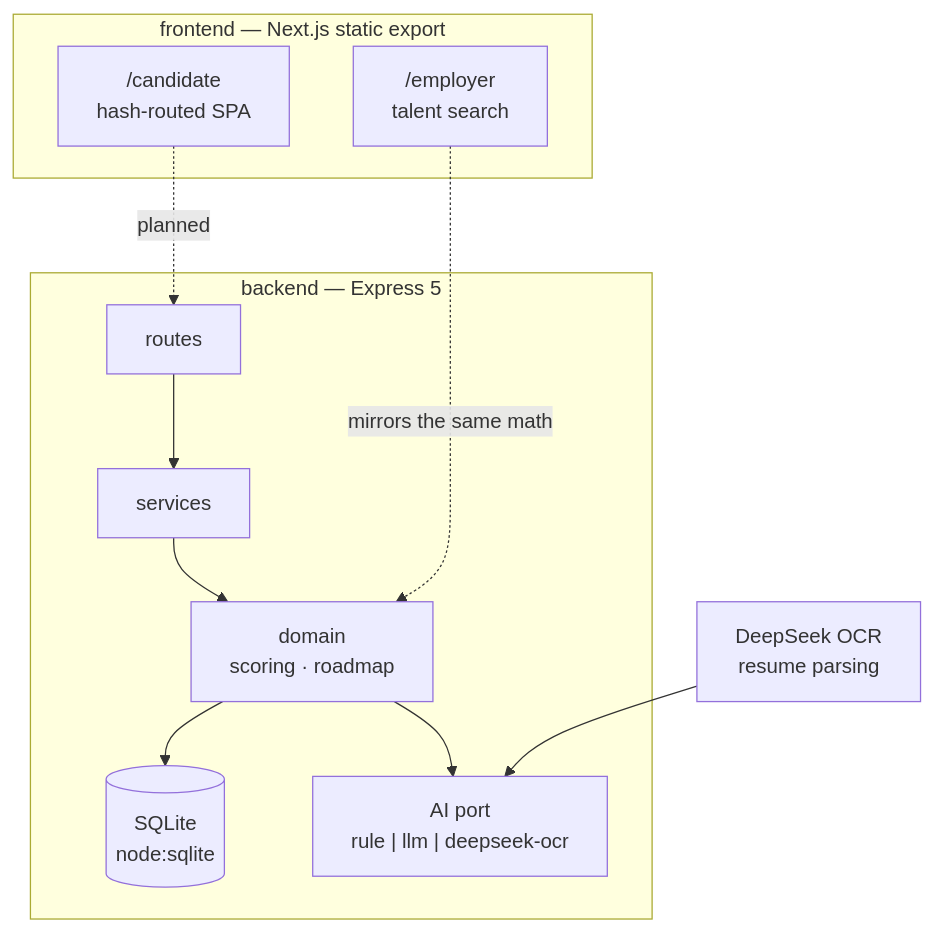
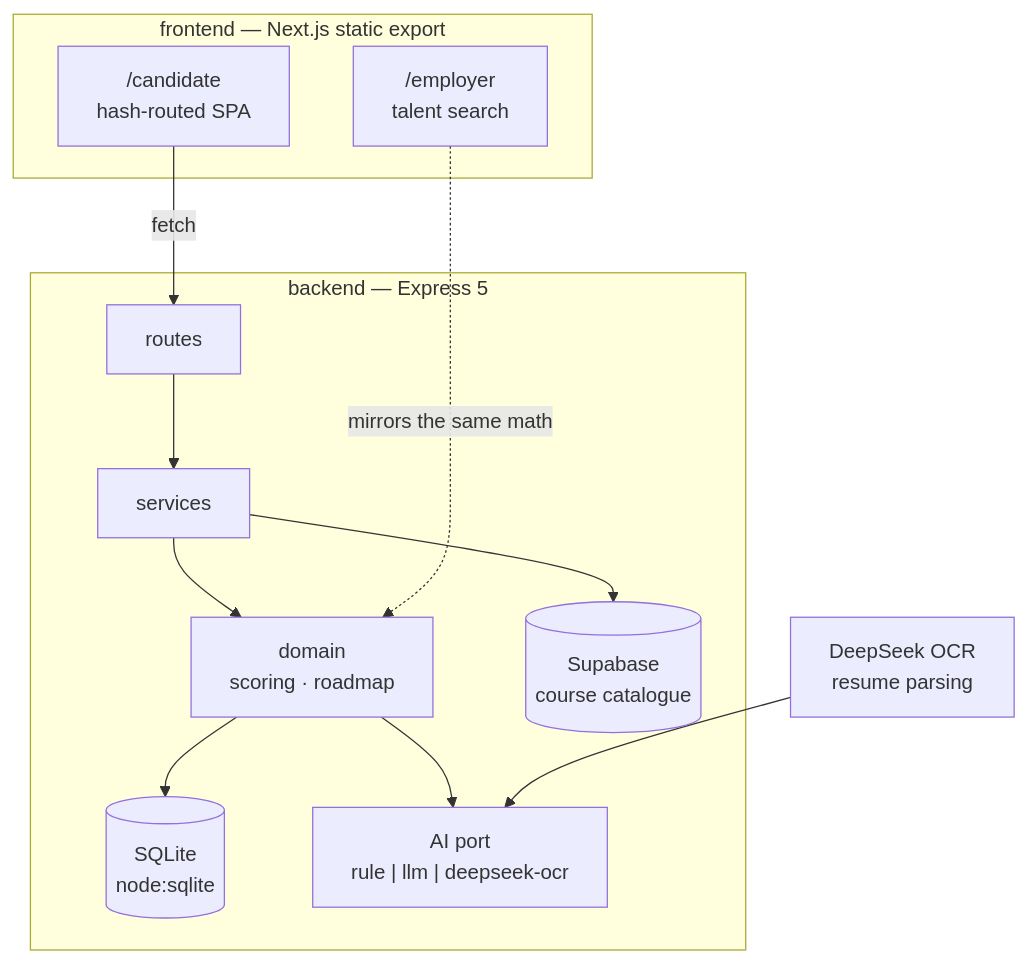
The second of 2 diagrams in README.md (mmlee1604-creator/jomworklah), drawn with Mermaid before and after one commit. The commit also changed other lines of this file and 31 other files, not shown here.

````diff
--- a/README.md
+++ b/README.md
@@ -230,15 +234,16 @@
 ```mermaid
 flowchart TB
     subgraph FE["frontend — Next.js static export"]
         C["/candidate<br/>hash-routed SPA"]
         E["/employer<br/>talent search"]
     end
     subgraph BE["backend — Express 5"]
         R["routes"] --> S["services"] --> D["domain<br/>scoring · roadmap"]
         D --> DB[("SQLite<br/>node:sqlite")]
+        S --> SB[("Supabase<br/>course catalogue")]
         D --> AI["AI port<br/>rule | llm | deepseek-ocr"]
     end
-    C -.->|planned| R
+    C -->|fetch| R
     E -.->|mirrors the same math| D
     Q["DeepSeek OCR<br/>resume parsing"] --> AI
 ```
````
